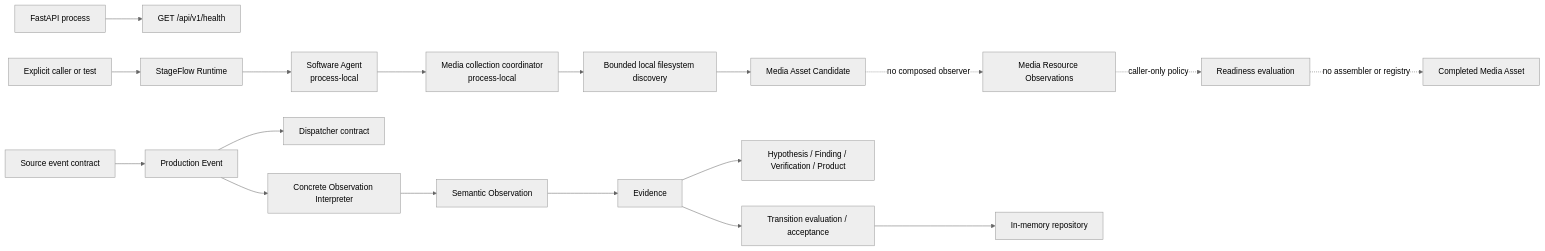
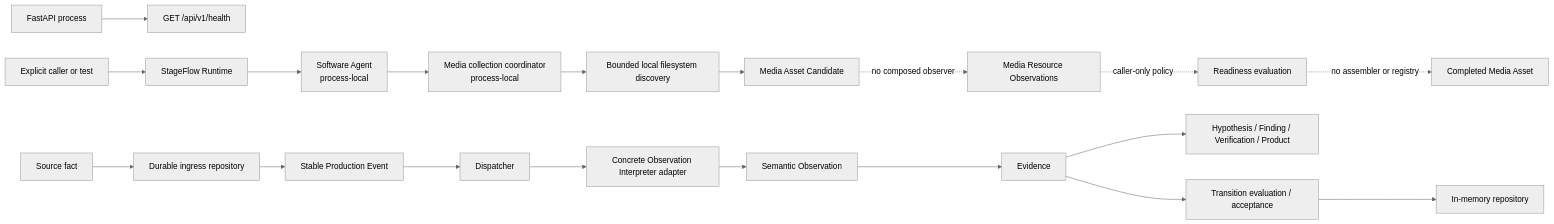
One commit to leeenchtron3030/StageFlow changed the diagram in docs/architecture/system-context.md. Above: the diagram before and after it, drawn with Mermaid (neutral theme). The commit also changed other lines of this file and 20 other files, not shown here.

````diff
--- a/docs/architecture/system-context.md
+++ b/docs/architecture/system-context.md
@@ -46,22 +48,23 @@
 ```mermaid
 flowchart LR
     HTTP[FastAPI process] --> Health[GET /api/v1/health]
 
     Caller[Explicit caller or test] --> Runtime[StageFlow Runtime]
     Runtime --> Agent[Software Agent\nprocess-local]
     Agent --> Coordinator[Media collection coordinator\nprocess-local]
     Coordinator --> Discovery[Bounded local filesystem discovery]
     Discovery --> Candidate[Media Asset Candidate]
     Candidate -. no composed observer .-> ResourceFacts[Media Resource Observations]
     ResourceFacts -. caller-only policy .-> Readiness[Readiness evaluation]
     Readiness -. no assembler or registry .-> Asset[Completed Media Asset]
 
-    Source[Source event contract] --> ProductionEvent[Production Event]
-    ProductionEvent --> Dispatcher[Dispatcher contract]
-    ProductionEvent --> Interpreter[Concrete Observation Interpreter]
+    Source[Source fact] --> Ingress[Durable ingress repository]
+    Ingress --> ProductionEvent[Stable Production Event]
+    ProductionEvent --> Dispatcher[Dispatcher]
+    Dispatcher --> Interpreter[Concrete Observation Interpreter adapter]
     Interpreter --> Observation[Semantic Observation]
     Observation --> Evidence[Evidence]
     Evidence --> Reasoning[Hypothesis / Finding / Verification / Product]
     Evidence --> State[Transition evaluation / acceptance]
     State --> MemoryRepo[In-memory repository]
 ```
````
